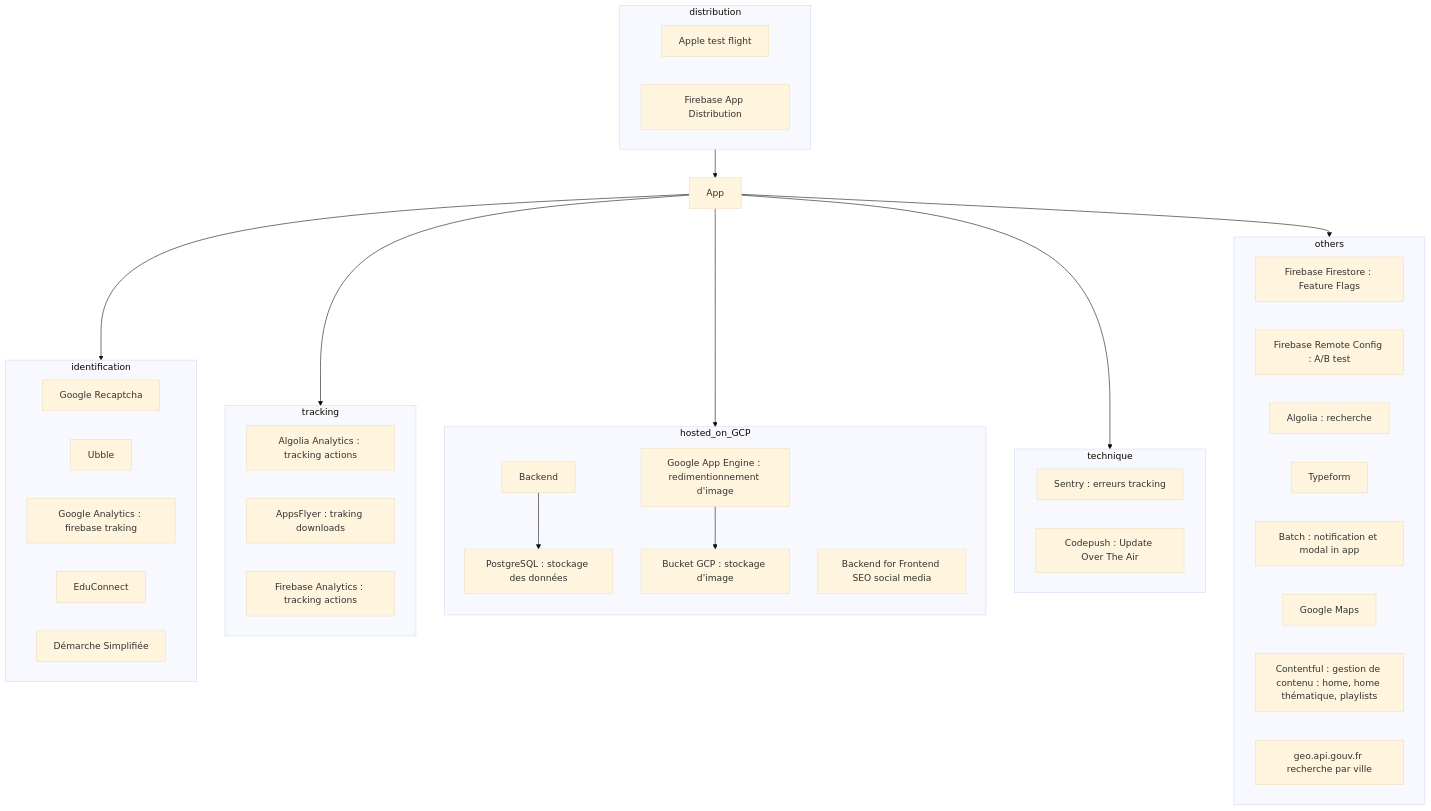
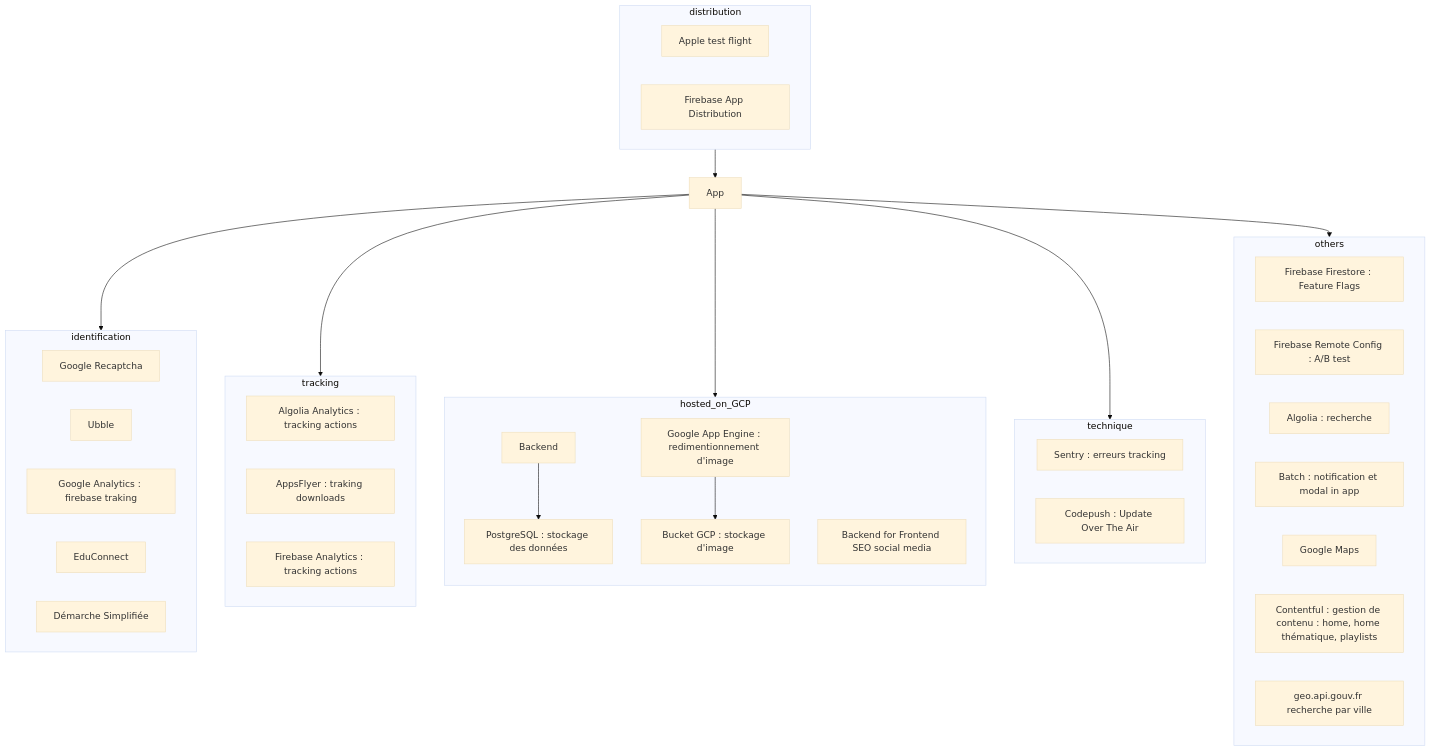
Before and after one commit to pass-culture/pass-culture-app-native: the first of 2 diagrams in doc/architecture/2_input-output-externe.md, drawn with Mermaid (base theme). The commit also changed other lines of this file and 2 other files, not shown here.

Commit message:
Remove last references to typeform

````diff
--- a/doc/architecture/2_input-output-externe.md
+++ b/doc/architecture/2_input-output-externe.md
@@ -5,44 +5,43 @@
 ```mermaid
 flowchart TB
   App["App"]
   subgraph identification
     Google_Recaptcha["Google Recaptcha"]
     Ubble["Ubble"]
     Google["Google SSO"]
     Educonnect["EduConnect"]
     DMS["Démarche Simplifiée"]
   end
   subgraph tracking
     Algolia_Analytics["Algolia Analytics : tracking actions"]
     AppsFlyer["AppsFlyer : traking downloads"]
     Firebase_Analytics["Firebase Analytics : tracking actions"]
   end
   subgraph hosted_on_GCP
     direction TB
 
     Backend["Backend"] --> Postgresql["PostgreSQL : stockage des données"]
     image_resize["Google App Engine : redimentionnement d'image"] --> bucket_image["Bucket GCP : stockage d'image"]
     Backend_for_Frontend["Backend for Frontend SEO social media"]
   end
   subgraph technique
     Sentry["Sentry : erreurs tracking"]
     Codepush["Codepush : Update Over The Air"]
   end
   subgraph distribution
     Apple["Apple test flight"]
     Firebase_App_Distribution["Firebase App Distribution"]
   end
   subgraph others
     Firebase_Firestore["Firebase Firestore : Feature Flags"]
     Firebase_Remote_Config["Firebase Remote Config : A/B test"]
     Google["Google Analytics : firebase traking"]
     Algolia["Algolia : recherche"]
-    Typeform["Typeform"]
     Batch["Batch : notification et modal in app"]
     Google_Maps["Google Maps"]
     Contentful["Contentful : gestion de contenu : home, home thématique, playlists"]
     geo_api_gouv["geo.api.gouv.fr recherche par ville"]
   end
   distribution --> App
   App --> identification & tracking & hosted_on_GCP & technique & others
 ```
````
